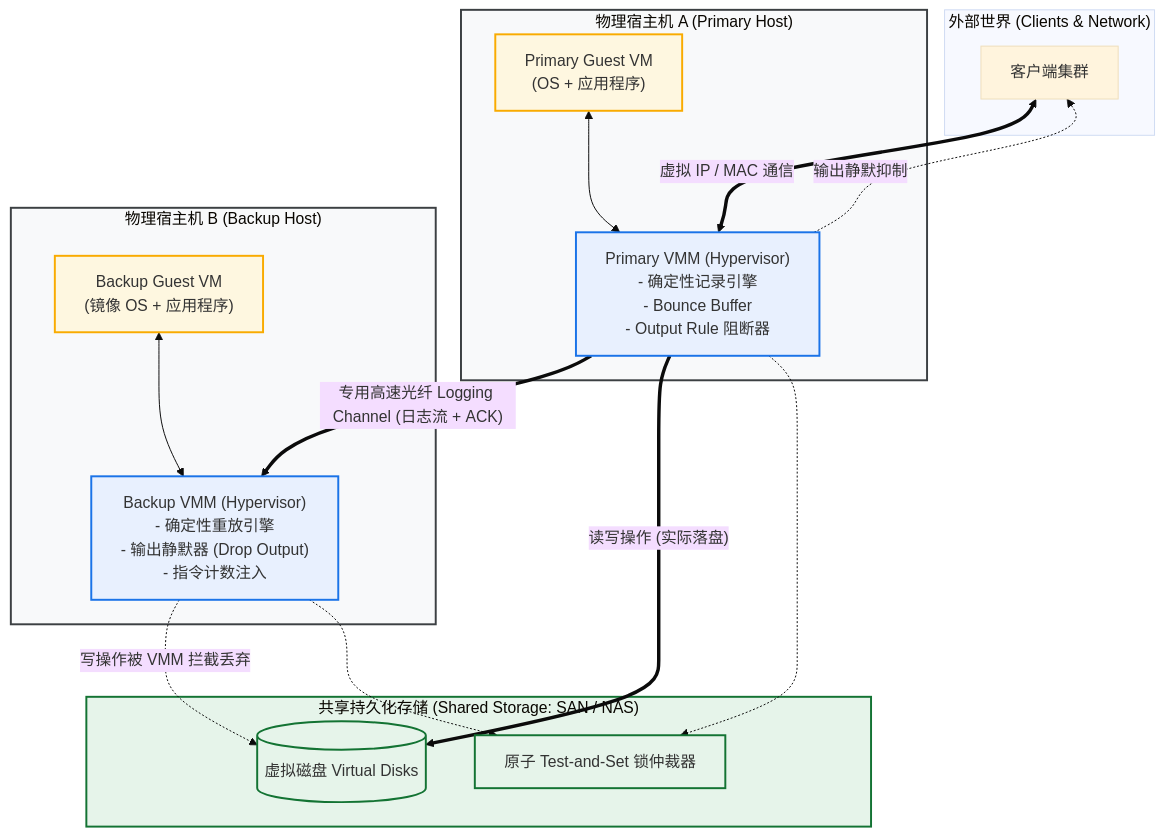
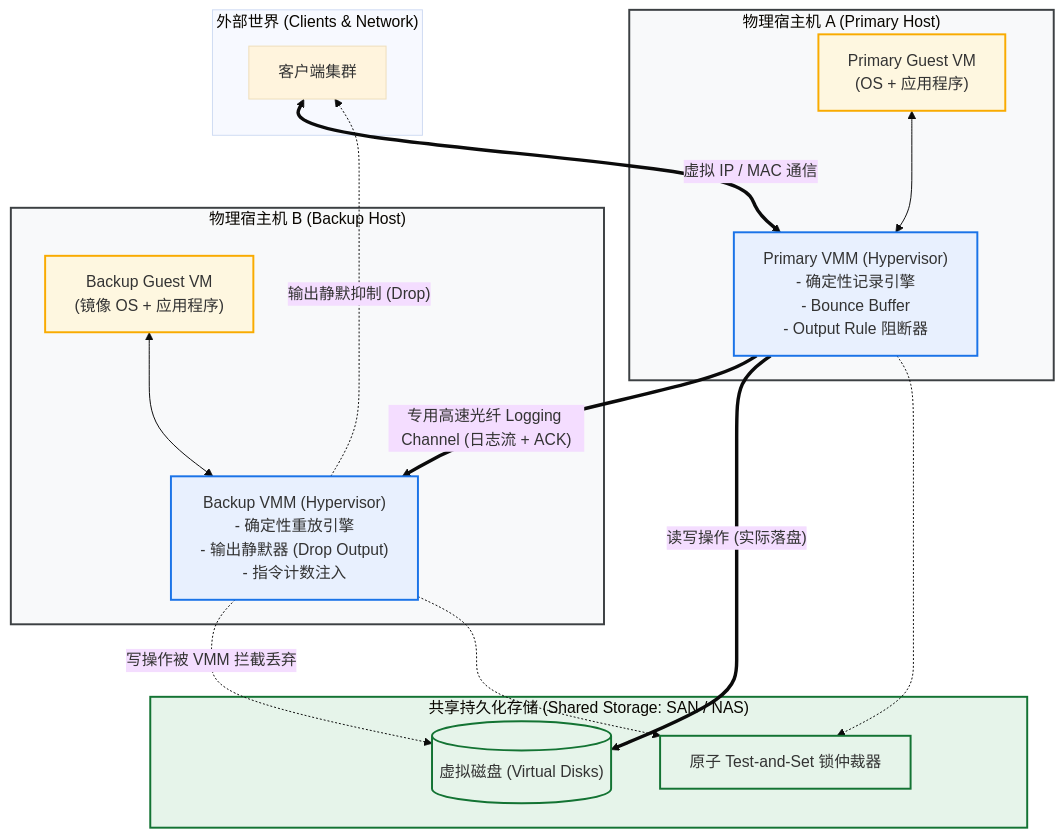
The second of 6 diagrams in docs/03_vm_ft_replication.md (donkey-roll/distributed-system), drawn with Mermaid (base theme) before and after one commit. The commit also changed other lines of this file and 10 other files, not shown here.

Commit message:
Fix Mermaid diagram syntax and markdown rendering across LEC 03 and all docs

````diff
--- a/docs/03_vm_ft_replication.md
+++ b/docs/03_vm_ft_replication.md
@@ -41,43 +42,43 @@
 ```mermaid
 flowchart TB
     subgraph Clients["外部世界 (Clients & Network)"]
-        Client[客户端集群]
+        Client["客户端集群"]
     end
 
     subgraph Host1["物理宿主机 A (Primary Host)"]
         P_VM["Primary Guest VM<br/>(OS + 应用程序)"]
         P_VMM["Primary VMM (Hypervisor)<br/>- 确定性记录引擎<br/>- Bounce Buffer<br/>- Output Rule 阻断器"]
         P_VM <--> P_VMM
     end
 
     subgraph Host2["物理宿主机 B (Backup Host)"]
         B_VM["Backup Guest VM<br/>(镜像 OS + 应用程序)"]
         B_VMM["Backup VMM (Hypervisor)<br/>- 确定性重放引擎<br/>- 输出静默器 (Drop Output)<br/>- 指令计数注入"]
         B_VM <--> B_VMM
     end
 
     subgraph Storage["共享持久化存储 (Shared Storage: SAN / NAS)"]
-        Disk[(虚拟磁盘 Virtual Disks)]
+        Disk[("虚拟磁盘 (Virtual Disks)")]
         LockServer["原子 Test-and-Set 锁仲裁器"]
     end
 
-    Client <== 虚拟 IP / MAC 通信 ==> P_VMM
-    P_VMM -.->|输出静默抑制| Client
+    Client <==>|"虚拟 IP / MAC 通信"| P_VMM
+    B_VMM -.->|"输出静默抑制 (Drop)"| Client
 
-    P_VMM == "专用高速光纤 Logging Channel (日志流 + ACK)" ==> B_VMM
+    P_VMM ==>|"专用高速光纤 Logging Channel (日志流 + ACK)"| B_VMM
 
-    P_VMM == "读写操作 (实际落盘)" ==> Disk
-    B_VMM -.->|写操作被 VMM 拦截丢弃| Disk
+    P_VMM ==>|"读写操作 (实际落盘)"| Disk
+    B_VMM -.->|"写操作被 VMM 拦截丢弃"| Disk
 
     P_VMM -.-> LockServer
     B_VMM -.-> LockServer
 
     classDef host fill:#f8f9fa,stroke:#3c4043,stroke-width:2px;
     classDef vmm fill:#e8f0fe,stroke:#1a73e8,stroke-width:2px;
     classDef vm fill:#fef7e0,stroke:#f9ab00,stroke-width:2px;
     classDef storage fill:#e6f4ea,stroke:#137333,stroke-width:2px;
     class Host1,Host2 host;
     class P_VMM,B_VMM vmm;
     class P_VM,B_VM vm;
     class Storage,Disk,LockServer storage;
 ```
````
